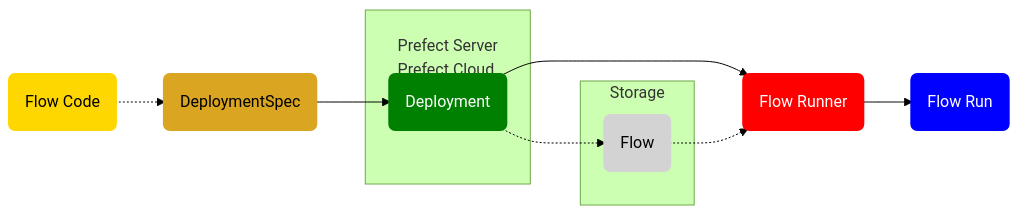
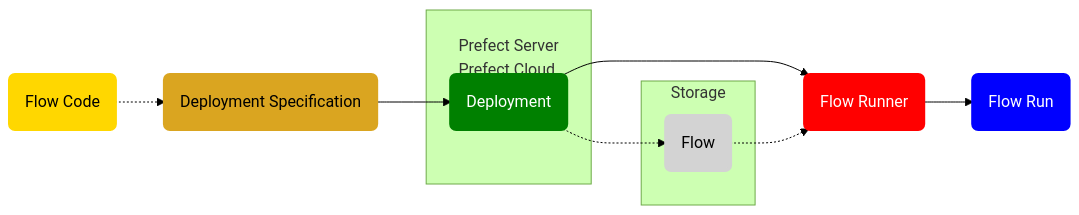
One commit to NicolasCamenischQC/prefect changed the first of 2 diagrams in docs/concepts/deployments.md. Above: the diagram before and after it, drawn with Mermaid (forest theme). The commit also changed other lines of this file, not shown here.

Commit message:
Add Deployment, packagers, serializers

````diff
--- a/docs/concepts/deployments.md
+++ b/docs/concepts/deployments.md
@@ -34,23 +49,23 @@
 ```mermaid
 graph LR
-    F(Flow Code):::yellow -.-> A(DeploymentSpec):::gold
+    F(Flow Code):::yellow -.-> A(Deployment Specification):::gold
     subgraph Server [<br>Prefect Server<br>Prefect Cloud]
     D(Deployment):::green
     end
     subgraph Storage
     B(Flow):::gray
     end
     A --> D
     D --> E(Flow Runner):::red
     B -.-> E
     D -.-> B
     E --> G(Flow Run):::blue
 
     classDef gold fill:goldenrod,stroke:goldenrod,stroke-width:4px
     classDef yellow fill:gold,stroke:gold,stroke-width:4px
     classDef gray fill:lightgray,stroke:lightgray,stroke-width:4px
     classDef blue fill:blue,stroke:blue,stroke-width:4px,color:white
     classDef green fill:green,stroke:green,stroke-width:4px,color:white
     classDef red fill:red,stroke:red,stroke-width:4px,color:white
     classDef dkgray fill:darkgray,stroke:darkgray,stroke-width:4px,color:white
 ```
````
